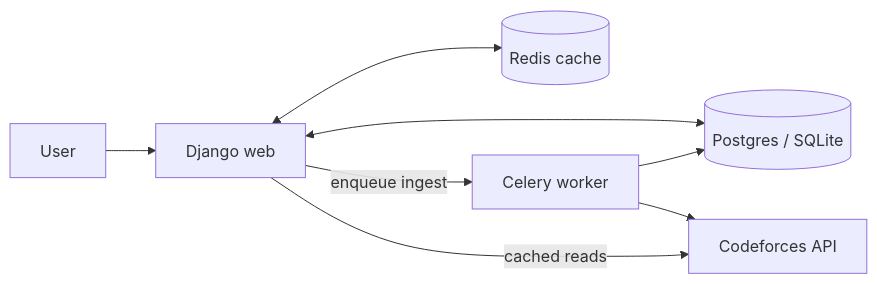
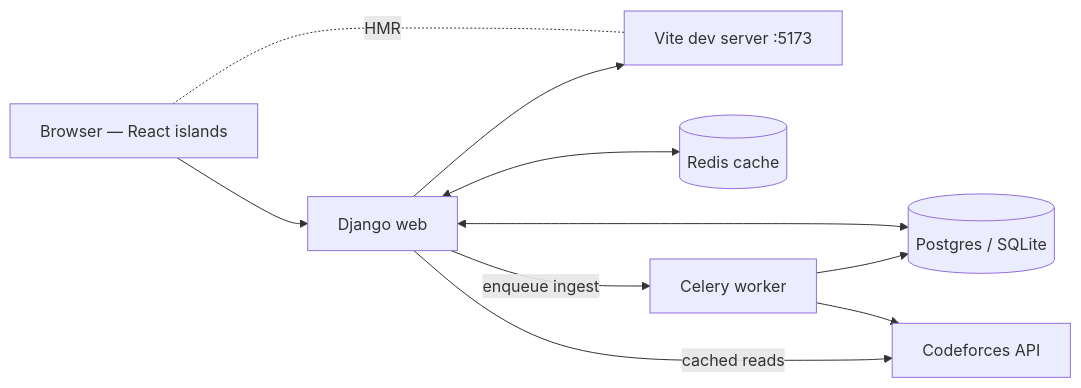
Before and after one commit to TheRakibJoy/ProblemBuddy: the diagram in README.md, drawn with Mermaid. The commit also changed other lines of this file, not shown here.

````diff
--- a/README.md
+++ b/README.md
@@ -24,17 +28,20 @@
 ```mermaid
 flowchart LR
-    User[User]
+    Browser[Browser — React islands]
     Web[Django web]
+    Vite[Vite dev server :5173]
     Cache[(Redis cache)]
     DB[(Postgres / SQLite)]
     Worker[Celery worker]
     CF[Codeforces API]
 
-    User --> Web
+    Browser --> Web
+    Browser -. HMR .- Vite
+    Web --> Vite
     Web <--> Cache
     Web <--> DB
     Web -->|enqueue ingest| Worker
     Worker --> CF
     Worker --> DB
     Web -->|cached reads| CF
 ```
````
